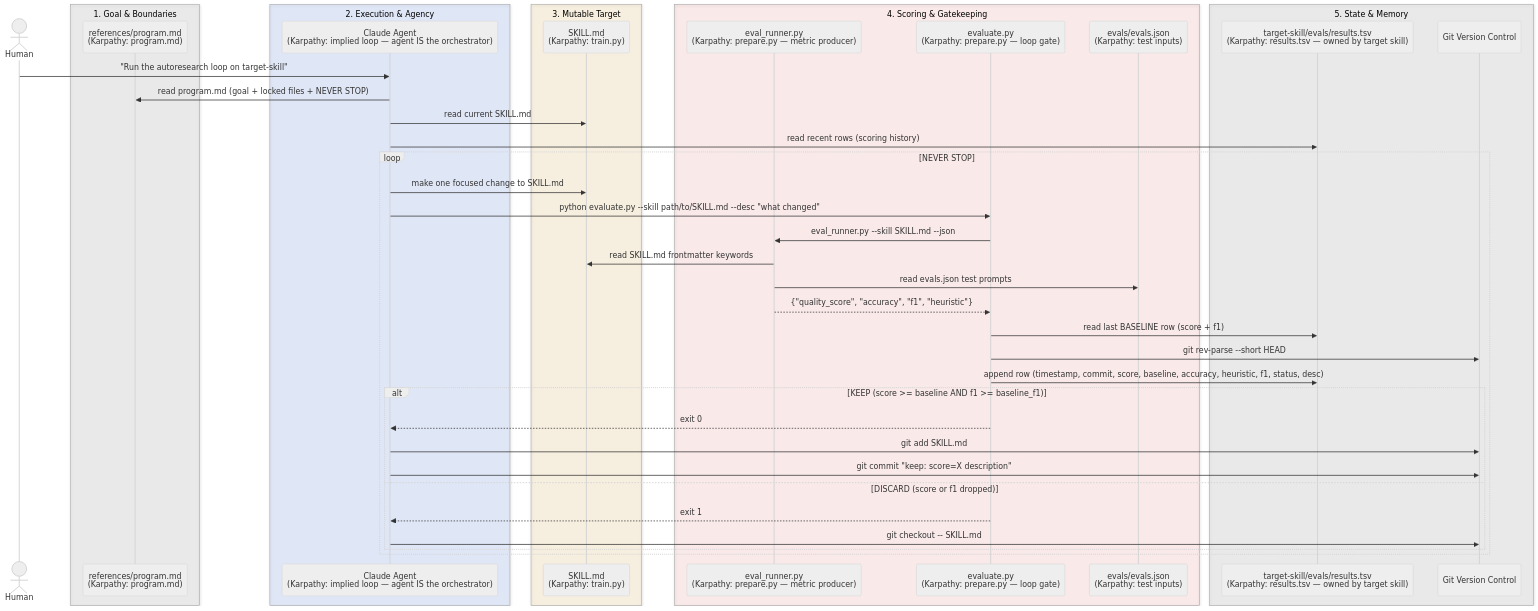
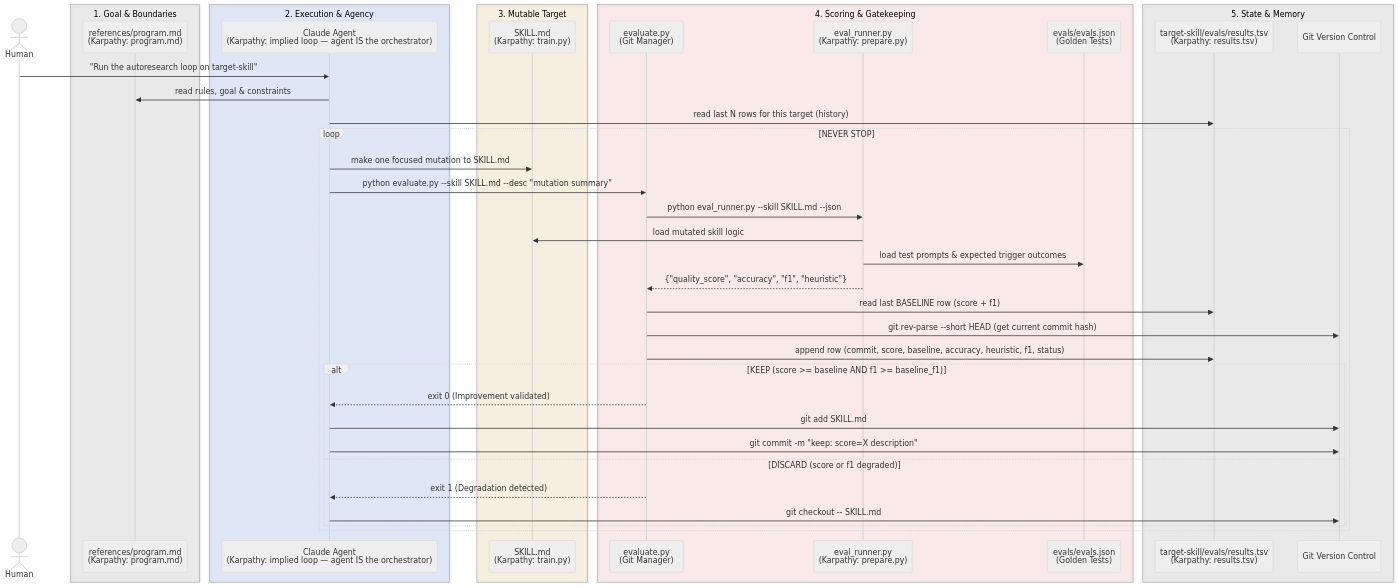
One commit to richfrem/agent-plugins-skills changed the diagram in plugins/agent-agentic-os/skills/skill-improvement-eval/references/diagrams/autoresearch-loop.mmd. Above: the diagram before and after it, drawn with Mermaid (neutral theme).

Commit message:
docs(diagrams): minimal fixes to autoresearch-loop.mmd — structure preserved
Only changed what was factually wrong:
- Box 2: train.py removed, Agent is the sole orchestrator
- Ledger: autoresearch/results.tsv -> target-skill/evals/results.tsv
- Grader return: single scalar -> all four JSON fields
- KEEP condition: composite_pass_rate > baseline -> score >= baseline AND f1 >= baseline_f1
- Flag: --target -> --skill
- Step comments and section structure unchanged

```diff
--- a/plugins/agent-agentic-os/skills/skill-improvement-eval/references/diagrams/autoresearch-loop.mmd
+++ b/plugins/agent-agentic-os/skills/skill-improvement-eval/references/diagrams/autoresearch-loop.mmd
@@ -1,57 +1,63 @@
 sequenceDiagram
     actor Human
 
     box rgba(200, 200, 200, 0.2) 1. Goal & Boundaries
         participant Spec as references/program.md<br/>(Karpathy: program.md)
     end
 
     box rgba(100, 150, 255, 0.15) 2. Execution & Agency
         participant Agent as Claude Agent<br/>(Karpathy: implied loop — agent IS the orchestrator)
     end
 
     box rgba(255, 200, 100, 0.15) 3. Mutable Target
         participant Target as SKILL.md<br/>(Karpathy: train.py)
     end
 
     box rgba(255, 100, 100, 0.1) 4. Scoring & Gatekeeping
-        participant Grader as eval_runner.py<br/>(Karpathy: prepare.py — metric producer)
-        participant Gate as evaluate.py<br/>(Karpathy: prepare.py — loop gate)
-        participant Tests as evals/evals.json<br/>(Karpathy: test inputs)
+        participant GitManager as evaluate.py<br/>(Git Manager)
+        participant Grader as eval_runner.py<br/>(Karpathy: prepare.py)
+        participant Tests as evals/evals.json<br/>(Golden Tests)
     end
 
     box rgba(200, 200, 200, 0.2) 5. State & Memory
-        participant Ledger as target-skill/evals/results.tsv<br/>(Karpathy: results.tsv — owned by target skill)
+        participant Ledger as target-skill/evals/results.tsv<br/>(Karpathy: results.tsv)
         participant Git as Git Version Control
     end
 
+    %% --- Initialization ---
     Human->>Agent: "Run the autoresearch loop on target-skill"
 
-    Agent->>Spec: read program.md (goal + locked files + NEVER STOP)
-    Agent->>Target: read current SKILL.md
-    Agent->>Ledger: read recent rows (scoring history)
+    Agent->>Spec: read rules, goal & constraints
+    Agent->>Ledger: read last N rows for this target (history)
 
+    %% --- The Evolutionary Loop ---
     loop NEVER STOP
 
-        Agent->>Target: make one focused change to SKILL.md
+        %% Step 1: Mutate
+        Agent->>Target: make one focused mutation to SKILL.md
 
-        Agent->>Gate: python evaluate.py --skill path/to/SKILL.md --desc "what changed"
+        %% Step 2: Handoff to Gatekeeper
+        Agent->>GitManager: python evaluate.py --skill SKILL.md --desc "mutation summary"
 
-        Gate->>Grader: eval_runner.py --skill SKILL.md --json
-        Grader->>Target: read SKILL.md frontmatter keywords
-        Grader->>Tests: read evals.json test prompts
-        Grader-->>Gate: {"quality_score", "accuracy", "f1", "heuristic"}
+        %% Step 3: Agnostic Evaluation
+        GitManager->>Grader: python eval_runner.py --skill SKILL.md --json
+        Grader->>Target: load mutated skill logic
+        Grader->>Tests: load test prompts & expected trigger outcomes
+        Grader-->>GitManager: {"quality_score", "accuracy", "f1", "heuristic"}
 
-        Gate->>Ledger: read last BASELINE row (score + f1)
-        Gate->>Git: git rev-parse --short HEAD
-        Gate->>Ledger: append row (timestamp, commit, score, baseline, accuracy, heuristic, f1, status, desc)
+        %% Step 4: Record State
+        GitManager->>Ledger: read last BASELINE row (score + f1)
+        GitManager->>Git: git rev-parse --short HEAD (get current commit hash)
+        GitManager->>Ledger: append row (commit, score, baseline, accuracy, heuristic, f1, status)
 
+        %% Step 5: The Evolutionary Decision
         alt KEEP (score >= baseline AND f1 >= baseline_f1)
-            Gate-->>Agent: exit 0
+            GitManager-->>Agent: exit 0 (Improvement validated)
             Agent->>Git: git add SKILL.md
-            Agent->>Git: git commit "keep: score=X description"
-        else DISCARD (score or f1 dropped)
-            Gate-->>Agent: exit 1
+            Agent->>Git: git commit -m "keep: score=X description"
+        else DISCARD (score or f1 degraded)
+            GitManager-->>Agent: exit 1 (Degradation detected)
             Agent->>Git: git checkout -- SKILL.md
         end
 
     end
```
